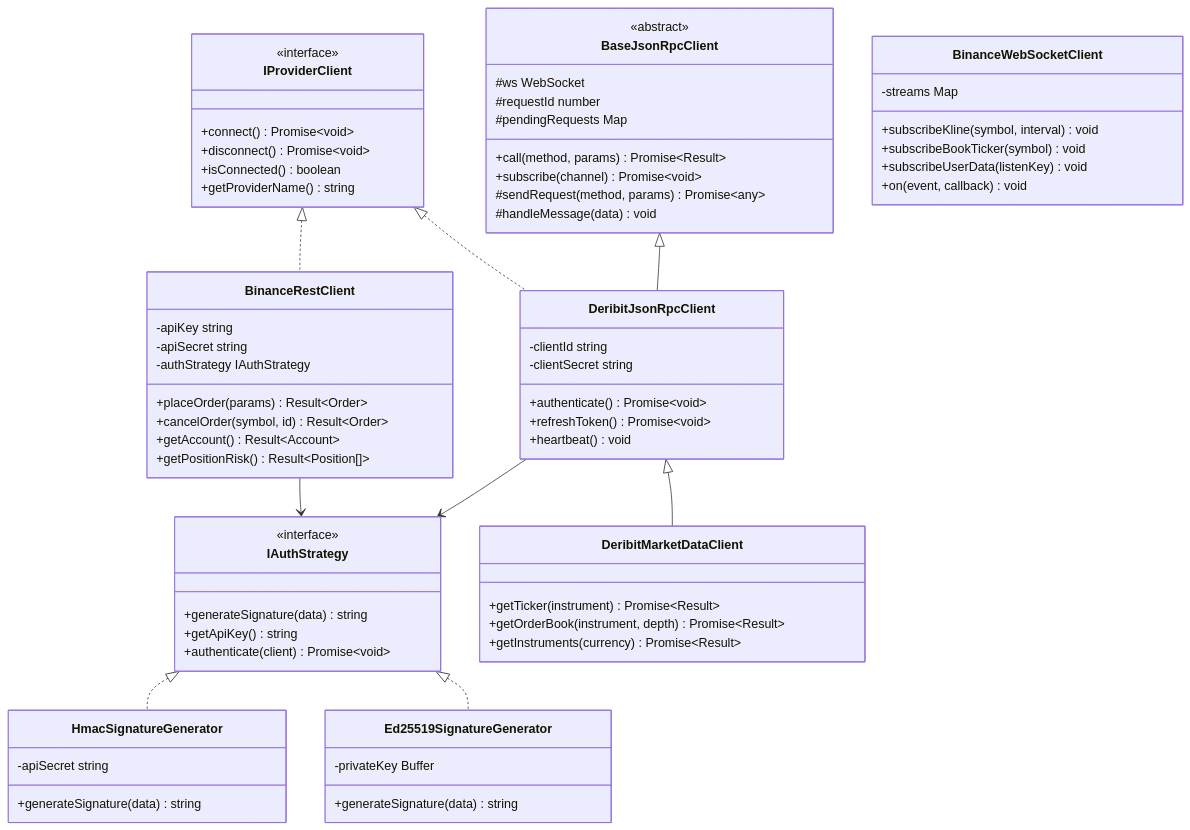
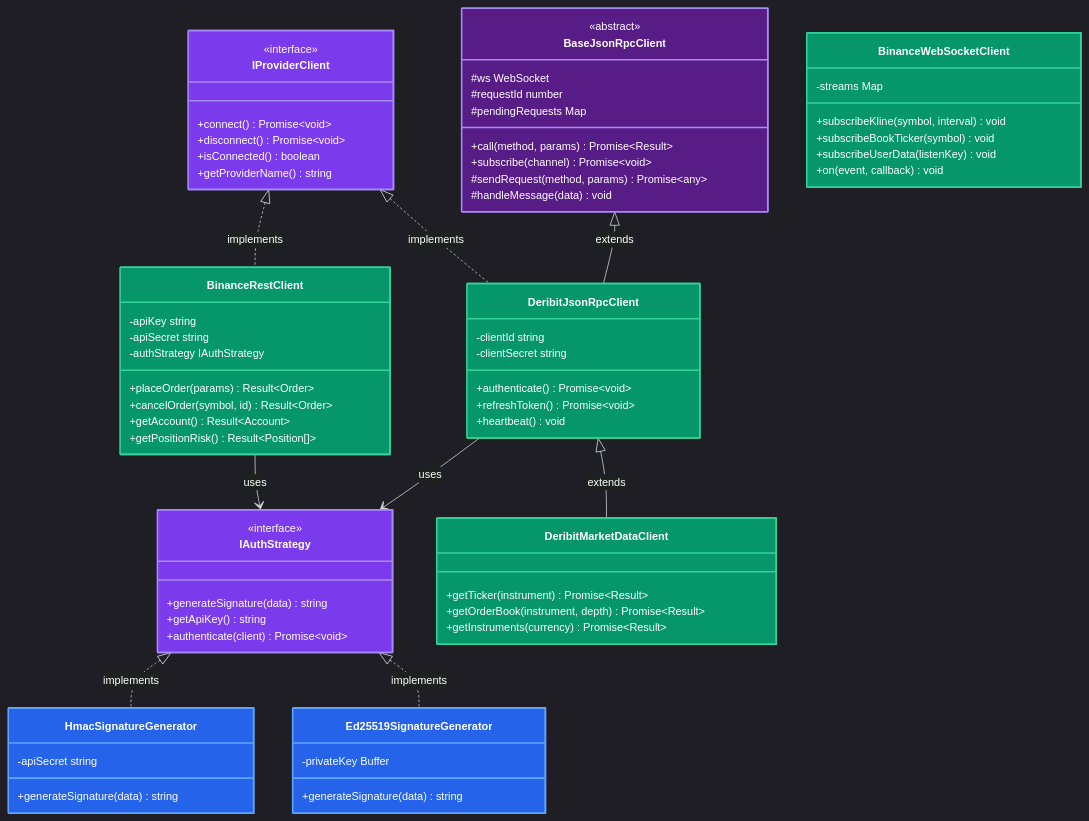
The fifth of 10 diagrams in README.md (ArmandRicheletKleinberg/Ark.Alliance.Trading.Providers.Lib), drawn with Mermaid before and after one commit. The commit also changed other lines of this file, not shown here.

First line of the commit message:
feat: convert all diagrams to professional dark theme

````diff
--- a/README.md
+++ b/README.md
@@ -424,4 +444,5 @@
 ```mermaid
+%%{init: {'theme':'dark', 'themeVariables': {'primaryColor':'#1e3a5f','primaryTextColor':'#fff','primaryBorderColor':'#60a5fa','lineColor':'#d1d5db','classText':'#fff','fontSize':'14px'}}}%%
 classDiagram
     class IProviderClient {
         <<interface>>
@@ -491,12 +512,22 @@
         +generateSignature(data) string
     }
     
-    IProviderClient <|.. BinanceRestClient
-    IProviderClient <|.. DeribitJsonRpcClient
-    IAuthStrategy <|.. HmacSignatureGenerator
-    IAuthStrategy <|.. Ed25519SignatureGenerator
-    BaseJsonRpcClient <|-- DeribitJsonRpcClient
-    DeribitJsonRpcClient <|-- DeribitMarketDataClient
-    BinanceRestClient --> IAuthStrategy
-    DeribitJsonRpcClient --> IAuthStrategy
+    IProviderClient <|.. BinanceRestClient : implements
+    IProviderClient <|.. DeribitJsonRpcClient : implements
+    IAuthStrategy <|.. HmacSignatureGenerator : implements
+    IAuthStrategy <|.. Ed25519SignatureGenerator : implements
+    BaseJsonRpcClient <|-- DeribitJsonRpcClient : extends
+    DeribitJsonRpcClient <|-- DeribitMarketDataClient : extends
+    BinanceRestClient --> IAuthStrategy : uses
+    DeribitJsonRpcClient --> IAuthStrategy : uses
+    
+    style IProviderClient fill:#7c3aed,stroke:#a78bfa,stroke-width:2px,color:#fff
+    style IAuthStrategy fill:#7c3aed,stroke:#a78bfa,stroke-width:2px,color:#fff
+    style BaseJsonRpcClient fill:#581c87,stroke:#a78bfa,stroke-width:2px,color:#fff
+    style BinanceRestClient fill:#059669,stroke:#34d399,stroke-width:2px,color:#fff
+    style BinanceWebSocketClient fill:#059669,stroke:#34d399,stroke-width:2px,color:#fff
+    style DeribitJsonRpcClient fill:#059669,stroke:#34d399,stroke-width:2px,color:#fff
+    style DeribitMarketDataClient fill:#059669,stroke:#34d399,stroke-width:2px,color:#fff
+    style HmacSignatureGenerator fill:#2563eb,stroke:#60a5fa,stroke-width:2px,color:#fff
+    style Ed25519SignatureGenerator fill:#2563eb,stroke:#60a5fa,stroke-width:2px,color:#fff
 ```
````
